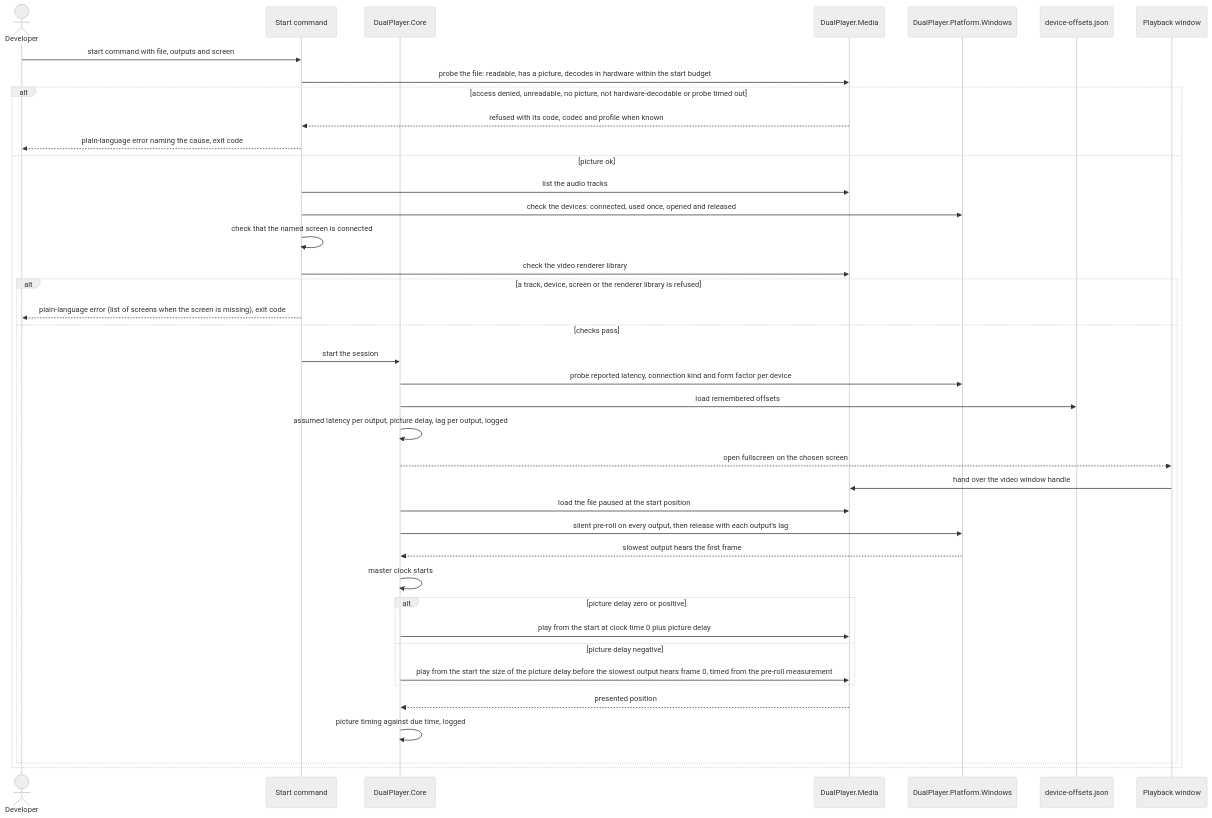
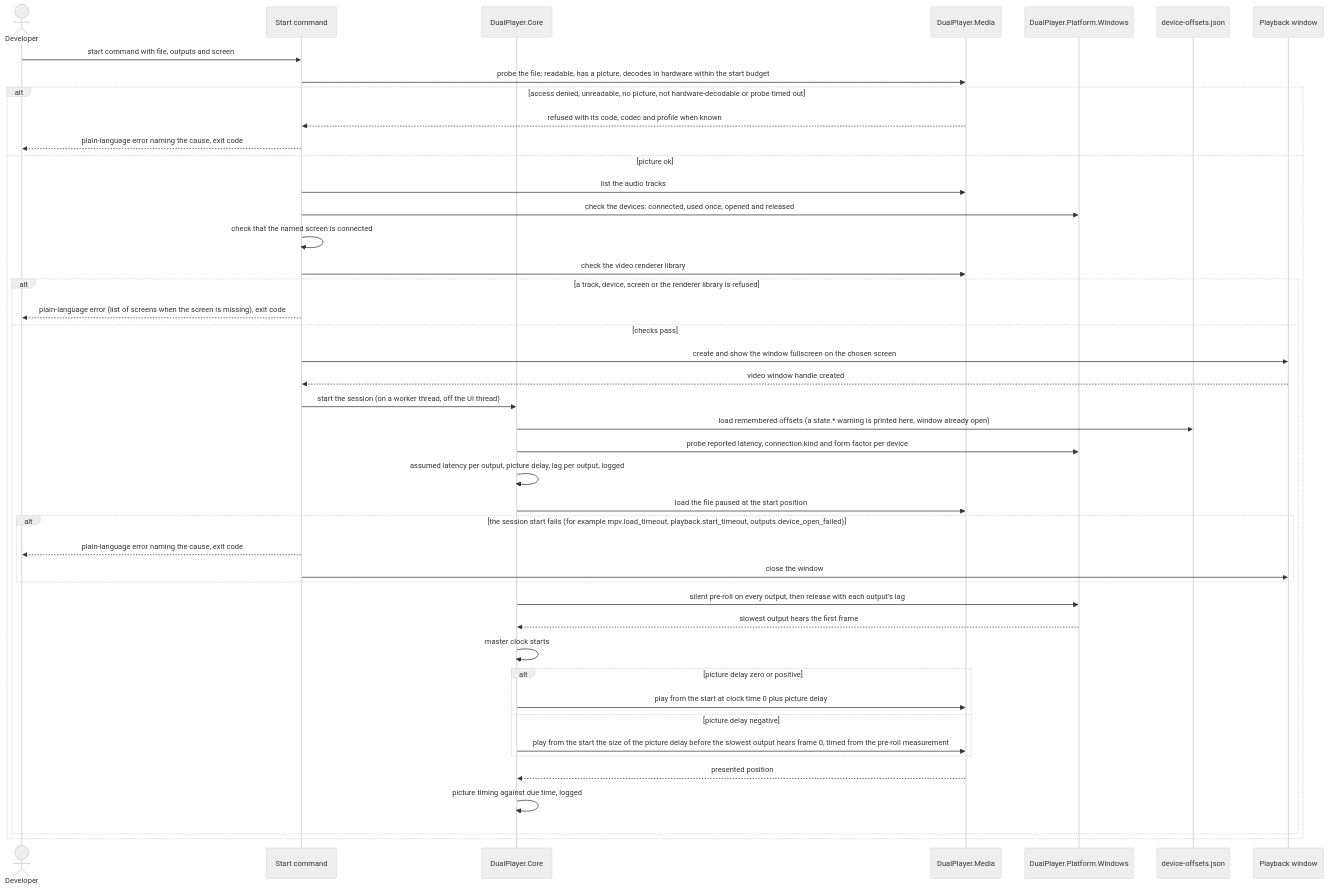
Before and after one commit to PulsarV/DualPlayer: the third of 11 diagrams in docs/features/lip-synced-video/sad.md, drawn with Mermaid (neutral theme). The commit also changed other lines of this file and 6 other files, not shown here.

First line of the commit message:
implement: lip-synced-video T114 Redraw sad flow 1 after the checks as the code runs it, list every start error code in cli.md, and bring test-plan and the tracker in step

````diff
--- a/docs/features/lip-synced-video/sad.md
+++ b/docs/features/lip-synced-video/sad.md
@@ -216,42 +216,46 @@
 ```mermaid
 sequenceDiagram
     actor Developer
     participant Cli as Start command
     participant Core as DualPlayer.Core
     participant Media as DualPlayer.Media
     participant Platform as DualPlayer.Platform.Windows
     participant Offsets as device-offsets.json
     participant Window as Playback window
     Developer->>Cli: start command with file, outputs and screen
     Cli->>Media: probe the file: readable, has a picture, decodes in hardware within the start budget
     alt access denied, unreadable, no picture, not hardware-decodable or probe timed out
         Media-->>Cli: refused with its code, codec and profile when known
         Cli-->>Developer: plain-language error naming the cause, exit code
     else picture ok
         Cli->>Media: list the audio tracks
         Cli->>Platform: check the devices: connected, used once, opened and released
         Cli->>Cli: check that the named screen is connected
         Cli->>Media: check the video renderer library
         alt a track, device, screen or the renderer library is refused
             Cli-->>Developer: plain-language error (list of screens when the screen is missing), exit code
         else checks pass
-            Cli->>Core: start the session
+            Cli->>Window: create and show the window fullscreen on the chosen screen
+            Window-->>Cli: video window handle created
+            Cli->>Core: start the session (on a worker thread, off the UI thread)
+            Core->>Offsets: load remembered offsets (a state.* warning is printed here, window already open)
             Core->>Platform: probe reported latency, connection kind and form factor per device
-            Core->>Offsets: load remembered offsets
             Core->>Core: assumed latency per output, picture delay, lag per output, logged
-            Core-->>Window: open fullscreen on the chosen screen
-            Window->>Media: hand over the video window handle
             Core->>Media: load the file paused at the start position
+            alt the session start fails (for example mpv.load_timeout, playback.start_timeout, outputs.device_open_failed)
+                Cli-->>Developer: plain-language error naming the cause, exit code
+                Cli->>Window: close the window
+            end
             Core->>Platform: silent pre-roll on every output, then release with each output's lag
             Platform-->>Core: slowest output hears the first frame
             Core->>Core: master clock starts
             alt picture delay zero or positive
                 Core->>Media: play from the start at clock time 0 plus picture delay
             else picture delay negative
                 Core->>Media: play from the start the size of the picture delay before the slowest output hears frame 0, timed from the pre-roll measurement
             end
             Media-->>Core: presented position
             Core->>Core: picture timing against due time, logged
         end
     end
 ```
````
